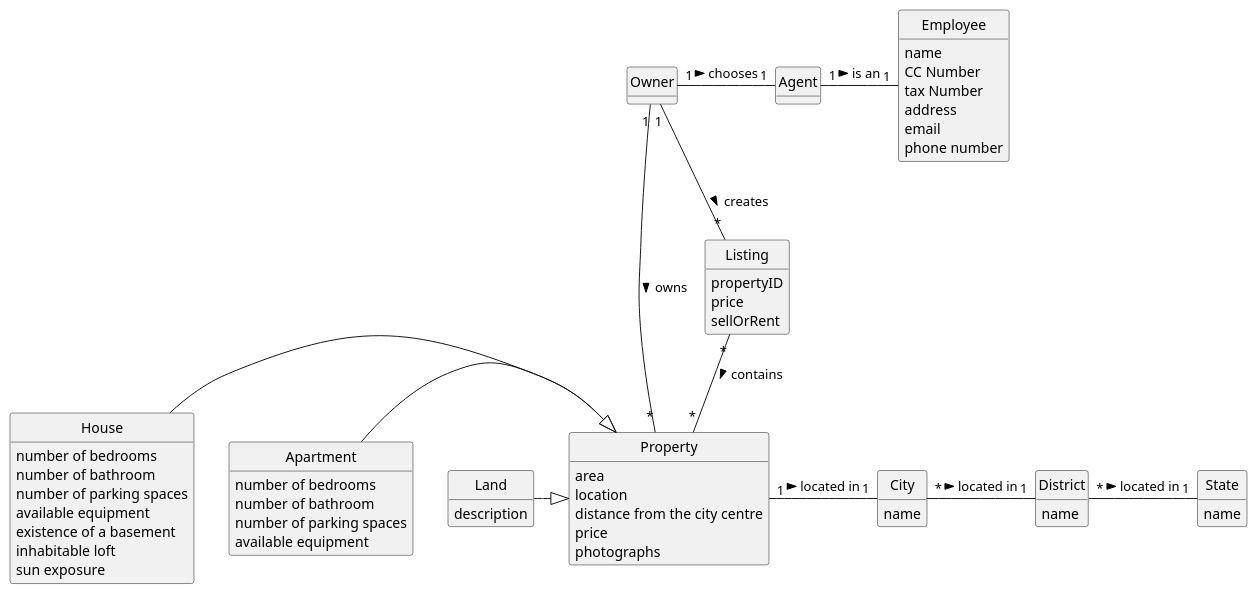
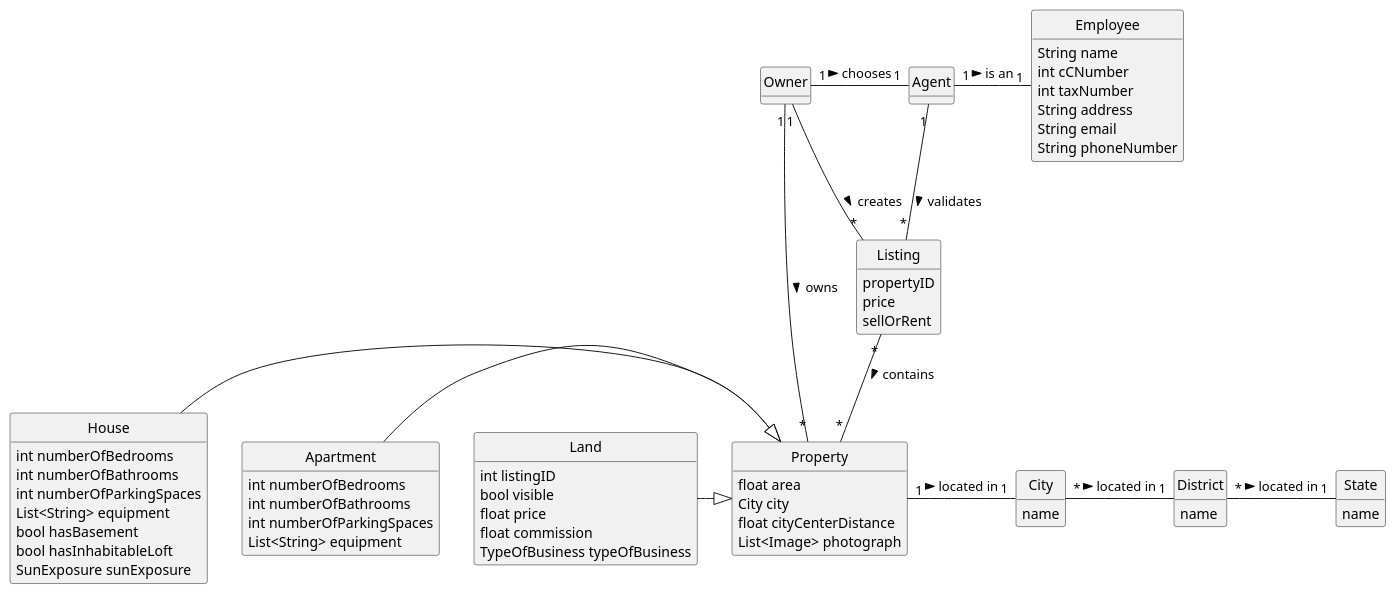
Before and after one commit to tiagohcorreia/LAPR2: the diagram in docs/sprintB/US004/02.analysis/puml/US004-Domain-Model.puml, drawn with PlantUML. The commit also changed 2 other files, not shown here.

```diff
--- a/docs/sprintB/US004/02.analysis/puml/US004-Domain-Model.puml
+++ b/docs/sprintB/US004/02.analysis/puml/US004-Domain-Model.puml
@@ -1,94 +1,97 @@
 @startuml
 skinparam monochrome true
 skinparam packageStyle rectangle
 skinparam shadowing false
 
 'left to right direction
 
 skinparam classAttributeIconSize 0
 
 hide circle
 hide methods
 
 'title Domain Model
 
 'class Platform {
 '  -description
 '}
 
 class Owner {
 }
 class Agent{
 
 }
 class Employee{
-    name
-    CC Number
-    tax Number
-    address
-    email
-    phone number
+    String name
+    int cCNumber
+    int taxNumber
+    String address
+    String email
+    String phoneNumber
 }
 class Listing{
     propertyID
     price
     sellOrRent
 
 }
 class Property {
-     area
-     location
-     distance from the city centre
-     price
-     photographs
+    float area
+    City city
+    float cityCenterDistance
+    List<Image> photograph
 }
 class House {
-     number of bedrooms
-     number of bathroom
-     number of parking spaces
-     available equipment
-     existence of a basement
-     inhabitable loft
-     sun exposure
+     int numberOfBedrooms
+     int numberOfBathrooms
+     int numberOfParkingSpaces
+     List<String> equipment
+     bool hasBasement
+     bool hasInhabitableLoft
+     SunExposure sunExposure
 }
 
 class Apartment {
-     number of bedrooms
-     number of bathroom
-     number of parking spaces
-     available equipment
+     int numberOfBedrooms
+     int numberOfBathrooms
+     int numberOfParkingSpaces
+     List<String> equipment
 }
 class Land {
-     description
+    int listingID
+    bool visible
+    float price
+    float commission
+    TypeOfBusiness typeOfBusiness
 }
 
 class City{
     name
 }
 class District{
     name
 }
 class State{
     name
 }
 
 
 
 Listing "*" -- "*" Property: contains >
 Owner "1" -- "*" Listing: creates >
 Owner "1" -- "*" Property: owns >
 House -|> Property
 Apartment -|> Property
 Land -|> Property
 Property "1" - "1" City: located in >
 City "*" - "1" District: located in >
 District "*" - "1" State: located in >
 Owner "1" - "1" Agent: chooses >
 Agent "1" - "1" Employee: is an >
-
+Agent "1" - "*" Listing: validates >
 
 
 
 
 
 @enduml
```
